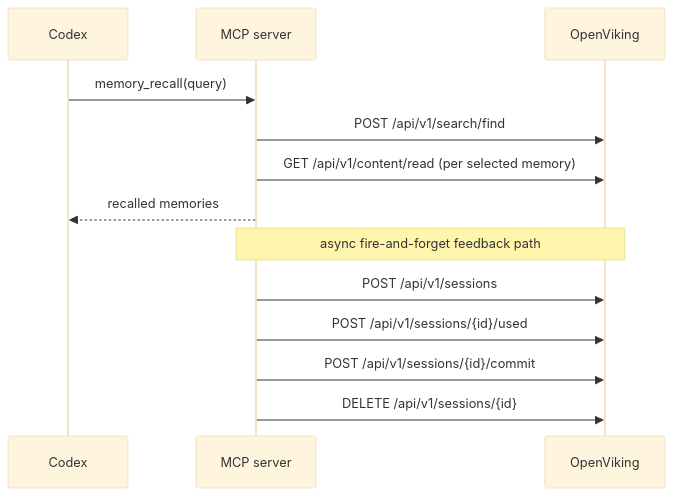
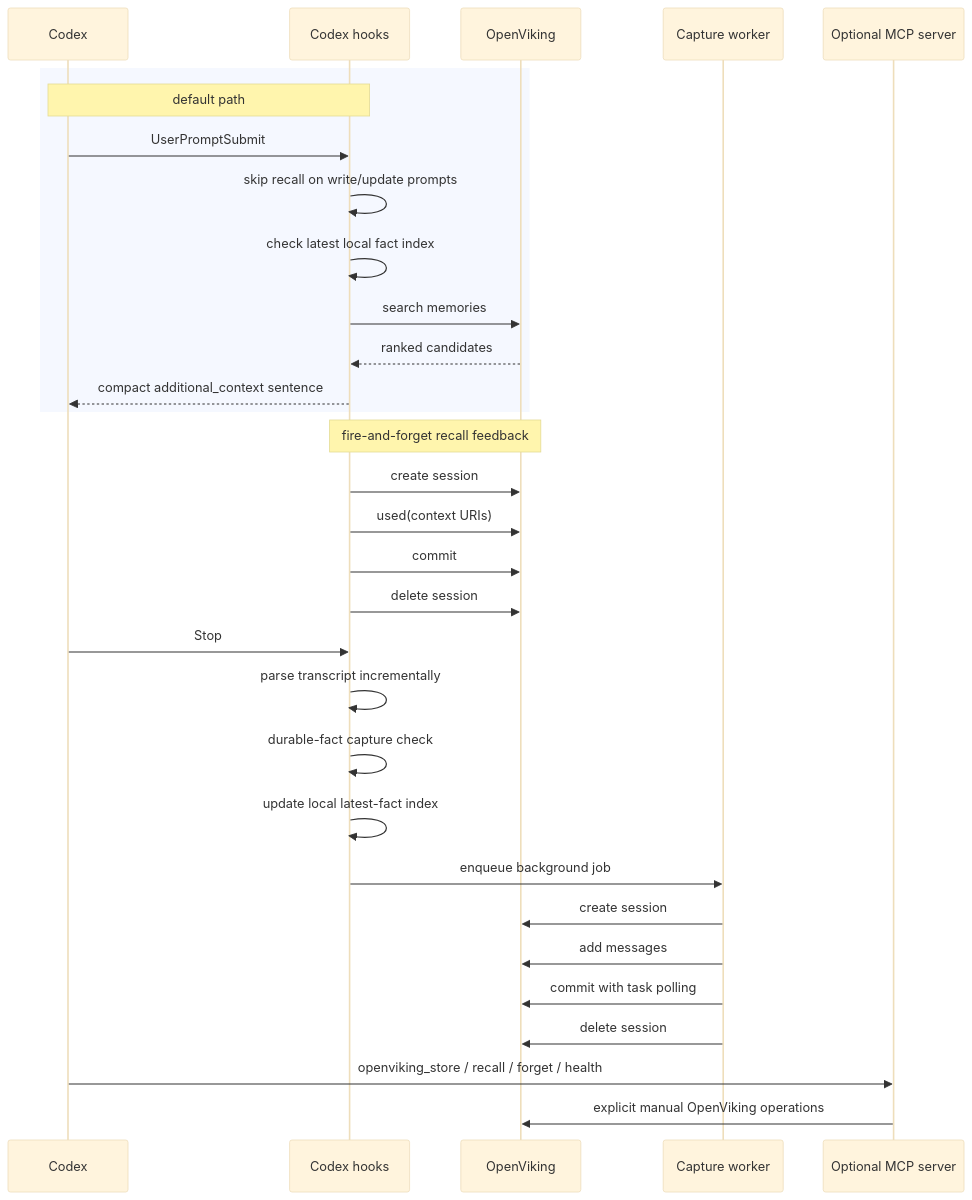
One commit to volcengine/OpenViking changed the diagram in examples/codex-memory-plugin/README.md. Above: the diagram before and after it, drawn with Mermaid (base theme). The commit also changed other lines of this file and 19 other files, not shown here.

Commit message:
feat(examples): make Codex memory plugin hook-first

````diff
--- a/examples/codex-memory-plugin/README.md
+++ b/examples/codex-memory-plugin/README.md
@@ -189,17 +252,37 @@
 ```mermaid
 sequenceDiagram
     participant C as Codex
-    participant M as MCP server
+    participant H as Codex hooks
     participant O as OpenViking
+    participant W as Capture worker
 
-    C->>M: memory_recall(query)
-    M->>O: POST /api/v1/search/find
-    M->>O: GET /api/v1/content/read (per selected memory)
-    M-->>C: recalled memories
+    rect rgb(245, 248, 255)
+        Note over C,H: default path
+        C->>H: UserPromptSubmit
+        H->>H: skip recall on write/update prompts
+        H->>H: check latest local fact index
+        H->>O: search memories
+        O-->>H: ranked candidates
+        H-->>C: compact additional_context sentence
+    end
 
-    Note over M,O: async fire-and-forget feedback path
-    M->>O: POST /api/v1/sessions
-    M->>O: POST /api/v1/sessions/{id}/used
-    M->>O: POST /api/v1/sessions/{id}/commit
-    M->>O: DELETE /api/v1/sessions/{id}
+    Note over H,O: fire-and-forget recall feedback
+    H->>O: create session
+    H->>O: used(context URIs)
+    H->>O: commit
+    H->>O: delete session
+
+    C->>H: Stop
+    H->>H: parse transcript incrementally
+    H->>H: durable-fact capture check
+    H->>H: update local latest-fact index
+    H->>W: enqueue background job
+    W->>O: create session
+    W->>O: add messages
+    W->>O: commit with task polling
+    W->>O: delete session
+
+    participant M as Optional MCP server
+    C->>M: openviking_store / recall / forget / health
+    M->>O: explicit manual OpenViking operations
 ```
````
